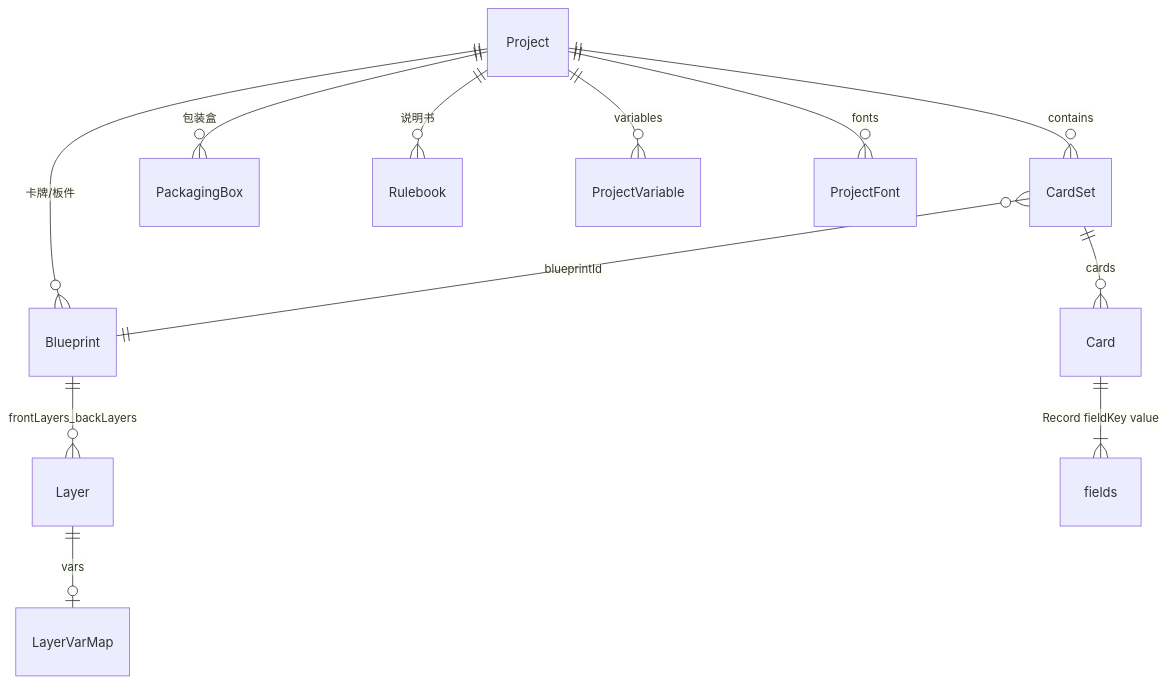
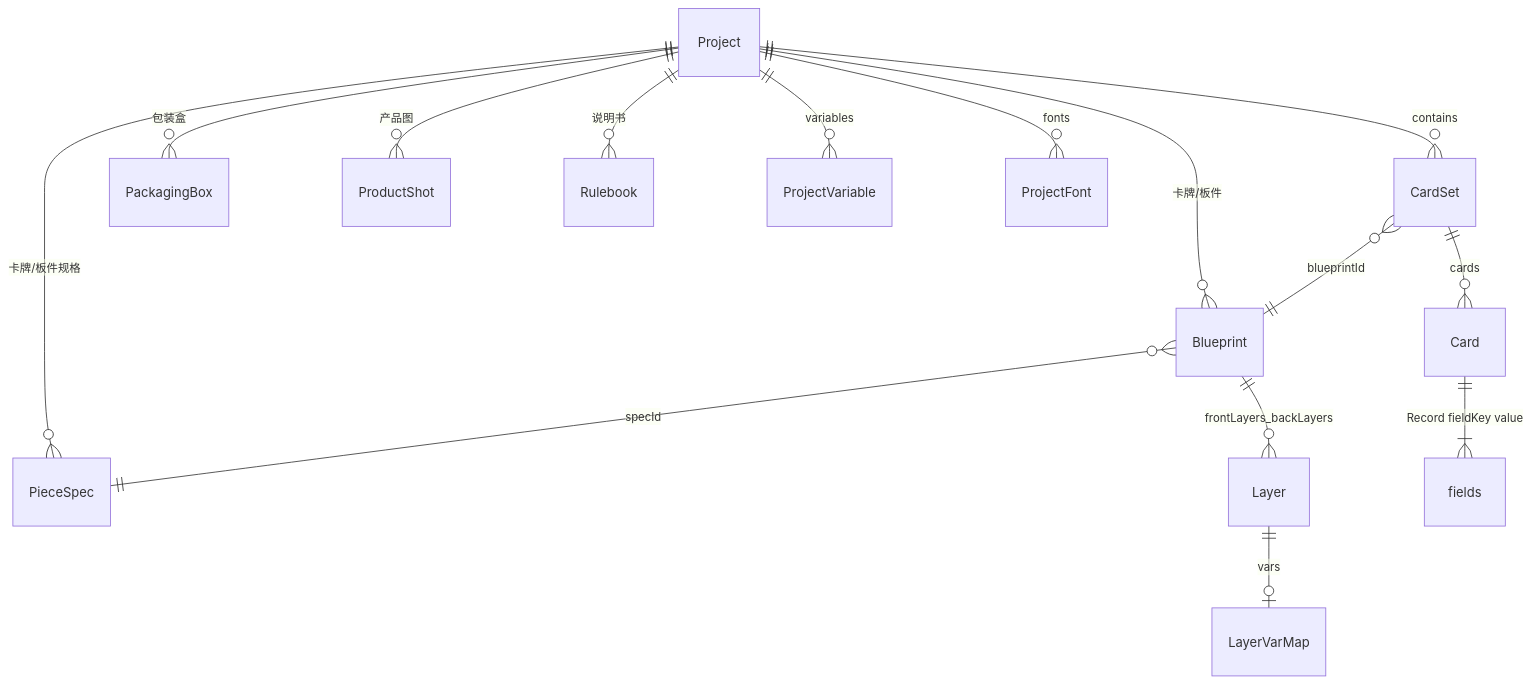
The diagram in docs/data-model.md (j410124383/TableTopMasterDesignDev), drawn with Mermaid before and after one commit. The commit also changed other lines of this file and 59 other files, not shown here.

First line of the commit message:
Add piece specs, product shots, and print export through v0.3.11.

````diff
--- a/docs/data-model.md
+++ b/docs/data-model.md
@@ -14,14 +14,17 @@
 ```mermaid
 erDiagram
+  Project ||--o{ PieceSpec : "卡牌/板件规格"
   Project ||--o{ Blueprint : "卡牌/板件"
   Project ||--o{ CardSet : contains
   Project ||--o{ PackagingBox : "包装盒"
+  Project ||--o{ ProductShot : "产品图"
   Project ||--o{ Rulebook : "说明书"
+  Blueprint }o--|| PieceSpec : specId
   Blueprint ||--o{ Layer : frontLayers_backLayers
   CardSet }o--|| Blueprint : blueprintId
   CardSet ||--o{ Card : cards
   Card ||--|{ fields : "Record fieldKey value"
   Layer ||--o| LayerVarMap : vars
   Project ||--o{ ProjectVariable : variables
   Project ||--o{ ProjectFont : fonts
 ```
````
